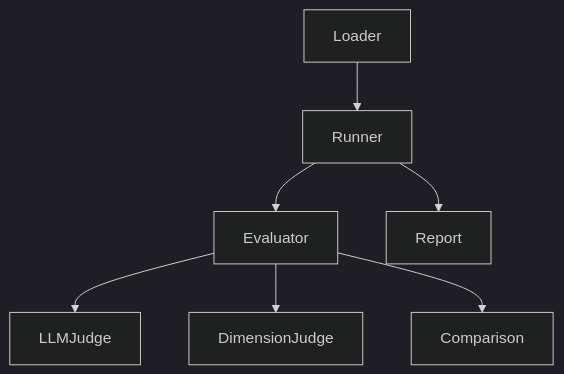
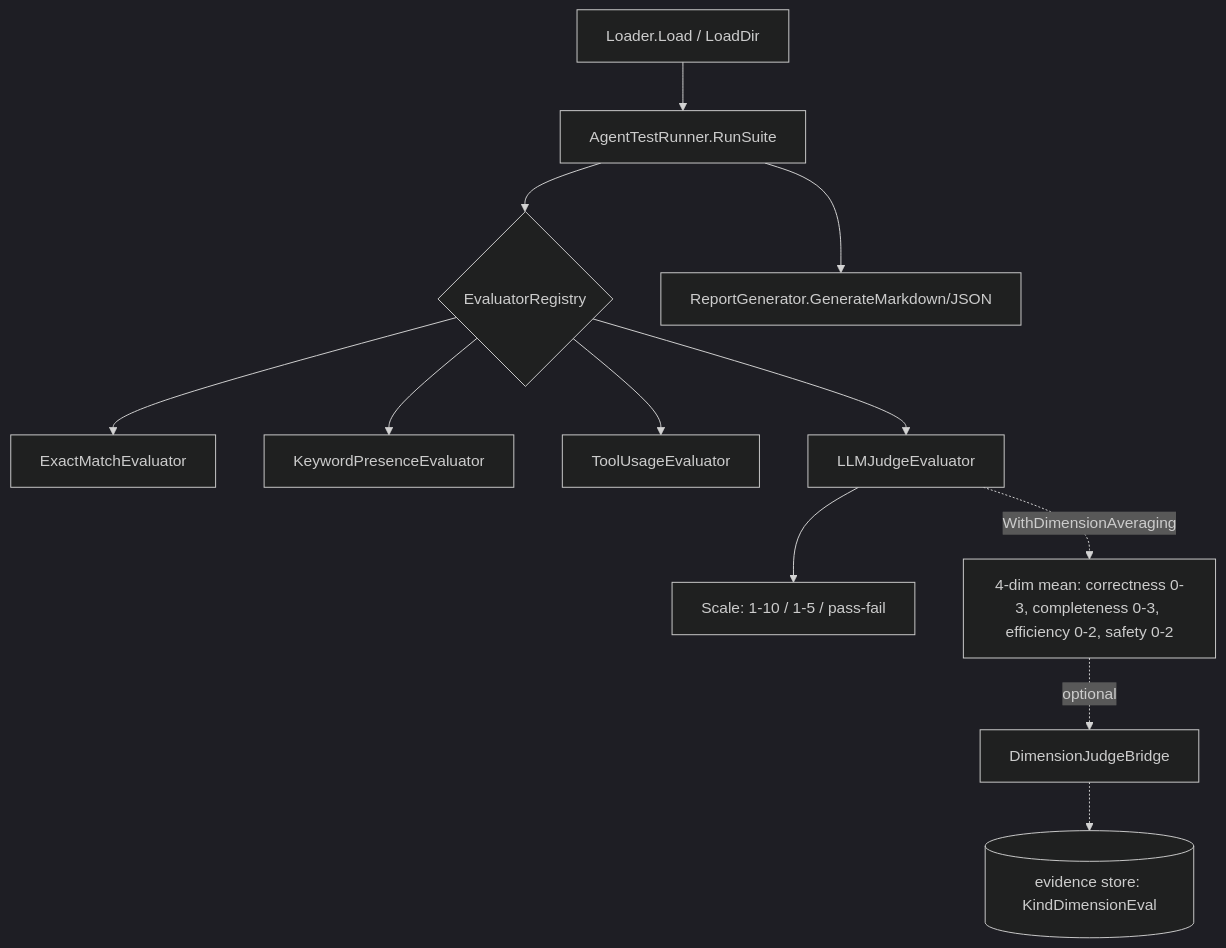
Before and after one commit to Timwood0x10/ARES: the first of 2 diagrams in docs/articles/en/21-evaluation-framework.md, drawn with Mermaid (dark theme). The commit also changed other lines of this file and 2423 other files, not shown here.

````diff
--- a/docs/articles/en/21-evaluation-framework.md
+++ b/docs/articles/en/21-evaluation-framework.md
@@ -27,9 +27,14 @@
 ```mermaid
 graph TD
-    L[Loader] --> R[Runner]
-    R --> EV[Evaluator]
-    EV --> LJ[LLMJudge]
-    EV --> DJ[DimensionJudge]
-    EV --> CO[Comparison]
-    R --> RE[Report]
+    L[Loader.Load / LoadDir] --> R[AgentTestRunner.RunSuite]
+    R --> E{EvaluatorRegistry}
+    R --> G[ReportGenerator.GenerateMarkdown/JSON]
+    E --> EM[ExactMatchEvaluator]
+    E --> KP[KeywordPresenceEvaluator]
+    E --> TU[ToolUsageEvaluator]
+    E --> LJ[LLMJudgeEvaluator]
+    LJ --> SA[Scale: 1-10 / 1-5 / pass-fail]
+    LJ -.WithDimensionAveraging.-> DA[4-dim mean: correctness 0-3, completeness 0-3, efficiency 0-2, safety 0-2]
+    DA -.optional.-> EB[DimensionJudgeBridge]
+    EB -.-> ES[(evidence store: KindDimensionEval)]
 ```
````
